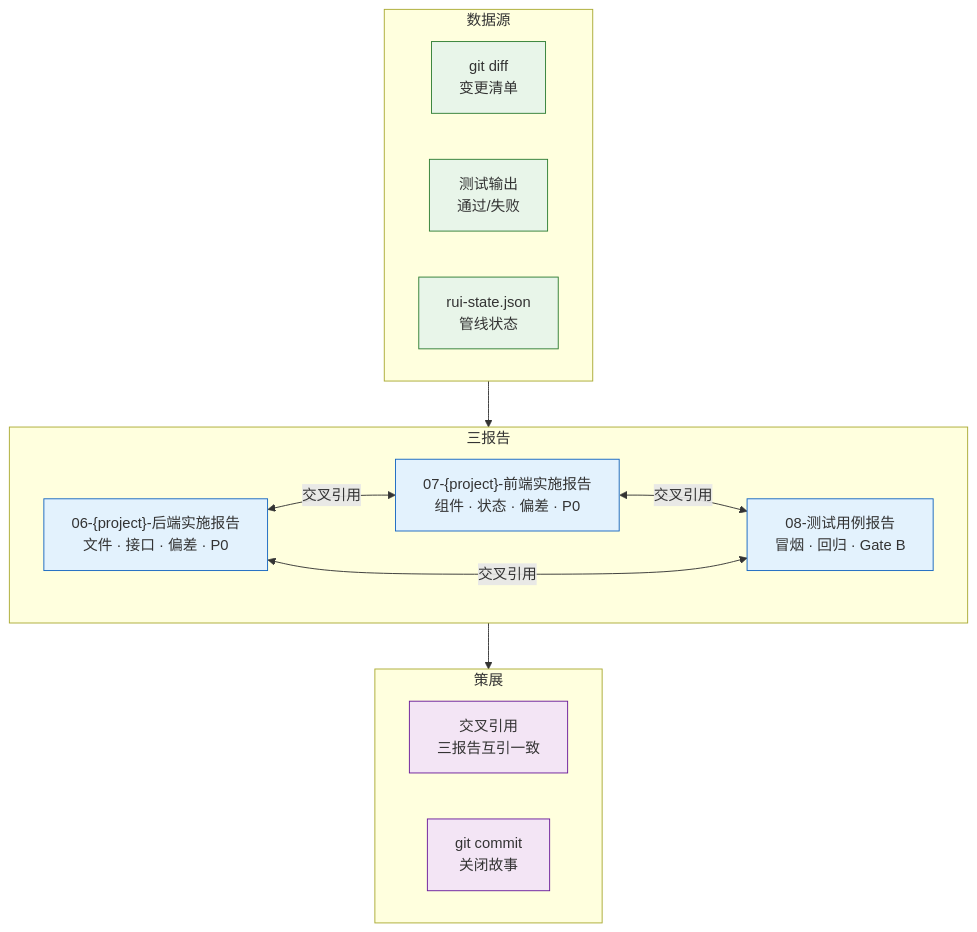
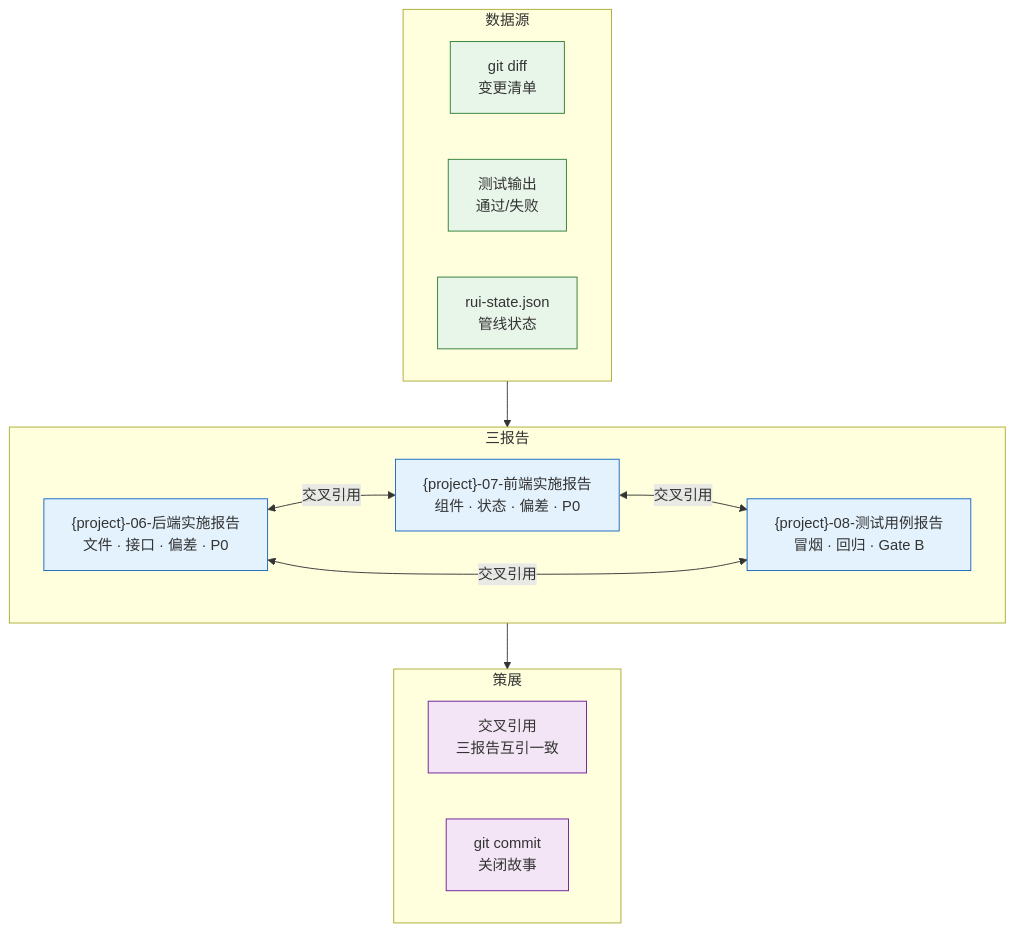
The first of 5 diagrams in agents/reporter.md (effiy/YrY), drawn with Mermaid before and after one commit. The commit also changed 17 other files, not shown here.

````diff
--- a/agents/reporter.md
+++ b/agents/reporter.md
@@ -13,29 +13,29 @@
 ```mermaid
 flowchart TB
     subgraph 输入["数据源"]
         DIFF["git diff<br/>变更清单"]:::src
         LOG["测试输出<br/>通过/失败"]:::src
         STATE["rui-state.json<br/>管线状态"]:::src
     end
 
     subgraph 产出["三报告"]
-        B["06-{project}-后端实施报告<br/>文件 · 接口 · 偏差 · P0"]:::rpt
-        F["07-{project}-前端实施报告<br/>组件 · 状态 · 偏差 · P0"]:::rpt
-        T["08-测试用例报告<br/>冒烟 · 回归 · Gate B"]:::rpt
+        B["{project}-06-后端实施报告<br/>文件 · 接口 · 偏差 · P0"]:::rpt
+        F["{project}-07-前端实施报告<br/>组件 · 状态 · 偏差 · P0"]:::rpt
+        T["{project}-08-测试用例报告<br/>冒烟 · 回归 · Gate B"]:::rpt
     end
 
     subgraph 策展["策展"]
         CC["交叉引用<br/>三报告互引一致"]:::curate
         CM["git commit<br/>关闭故事"]:::curate
     end
 
     输入 --> 产出
     B <-->|交叉引用| F
     F <-->|交叉引用| T
     B <-->|交叉引用| T
     产出 --> 策展
 
     classDef src fill:#e8f5e9,stroke:#2e7d32;
     classDef rpt fill:#e3f2fd,stroke:#1565c0;
     classDef curate fill:#f3e5f5,stroke:#6a1b9a;
 ```
````
